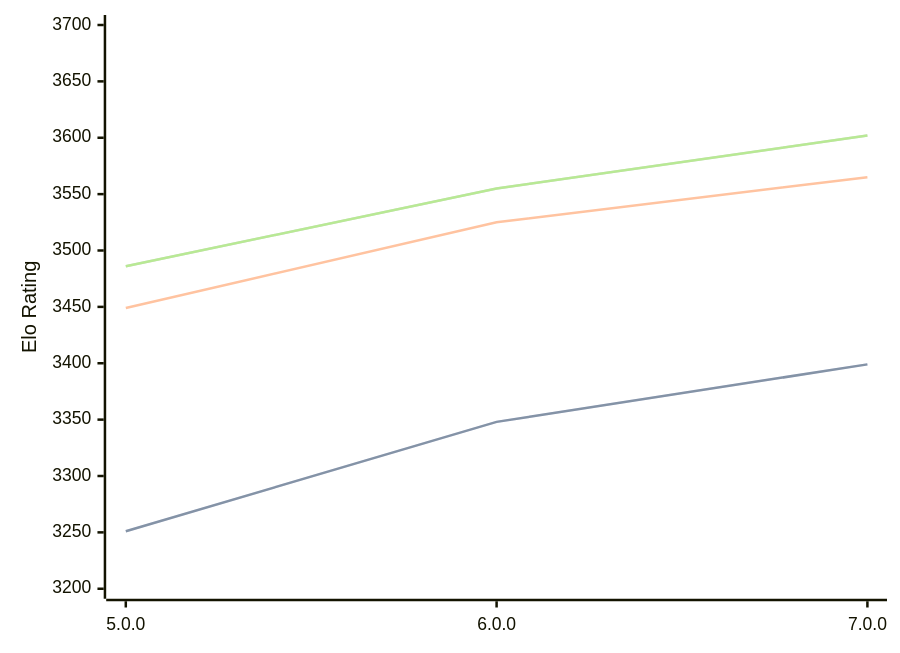
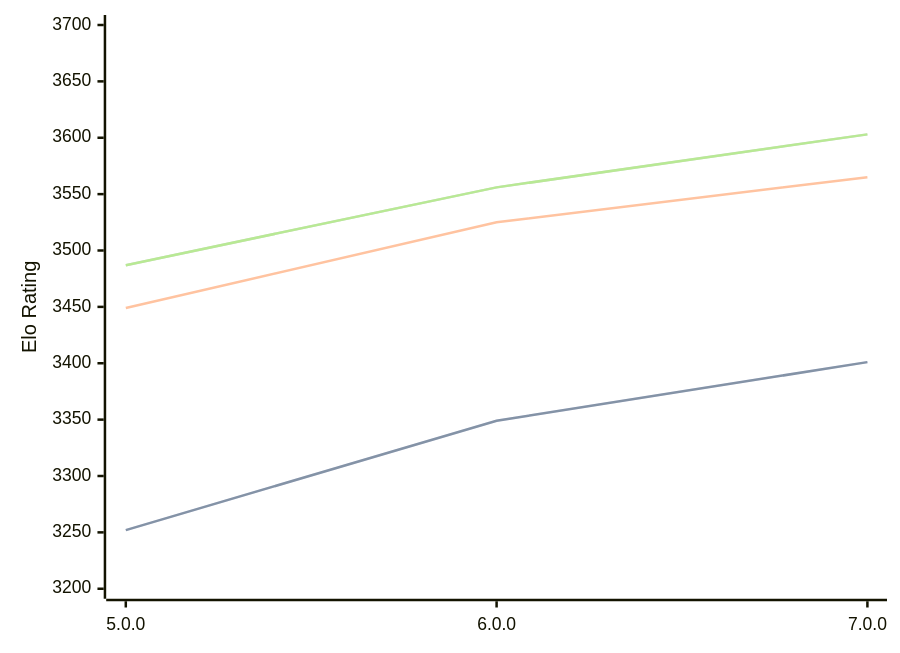
Before and after one commit to computer-chess-index/cci: the diagram in engines/Stormphrax.md, drawn with Mermaid. The commit also changed other lines of this file, not shown here.

Commit message:
Update CCI Ratings (ELO VLTC) - 2026-05-17

````diff
--- a/engines/Stormphrax.md
+++ b/engines/Stormphrax.md
@@ -38,11 +38,11 @@
 ```mermaid
 %%{init: {"theme":"base","themeVariables":{"seriesColors:['#a3a3a3','#222221','#faa371']}}}%%
 xychart-beta
   x-axis ["5.0.0", "6.0.0", "7.0.0"]
   y-axis "Elo Rating" 3200 --> 3700
-  line "STC (8.0+0.08s)" [3251, 3348, 3399]
-  line "STC (8.0+0.08s)" [3251, 3348, 3399]
+  line "STC (8.0+0.08s)" [3252, 3349, 3401]
+  line "STC (8.0+0.08s)" [3252, 3349, 3401]
   line "LTC (60.0+0.60s)" [3449, 3525, 3565]
-  line "VLTC (2m24s+1.12s)" [3486, 3555, 3602]
-  line "VLTC (2m24s+1.12s)" [3486, 3555, 3602]
+  line "VLTC (2m24s+1.12s)" [3487, 3556, 3603]
+  line "VLTC (2m24s+1.12s)" [3487, 3556, 3603]
 ```
````
